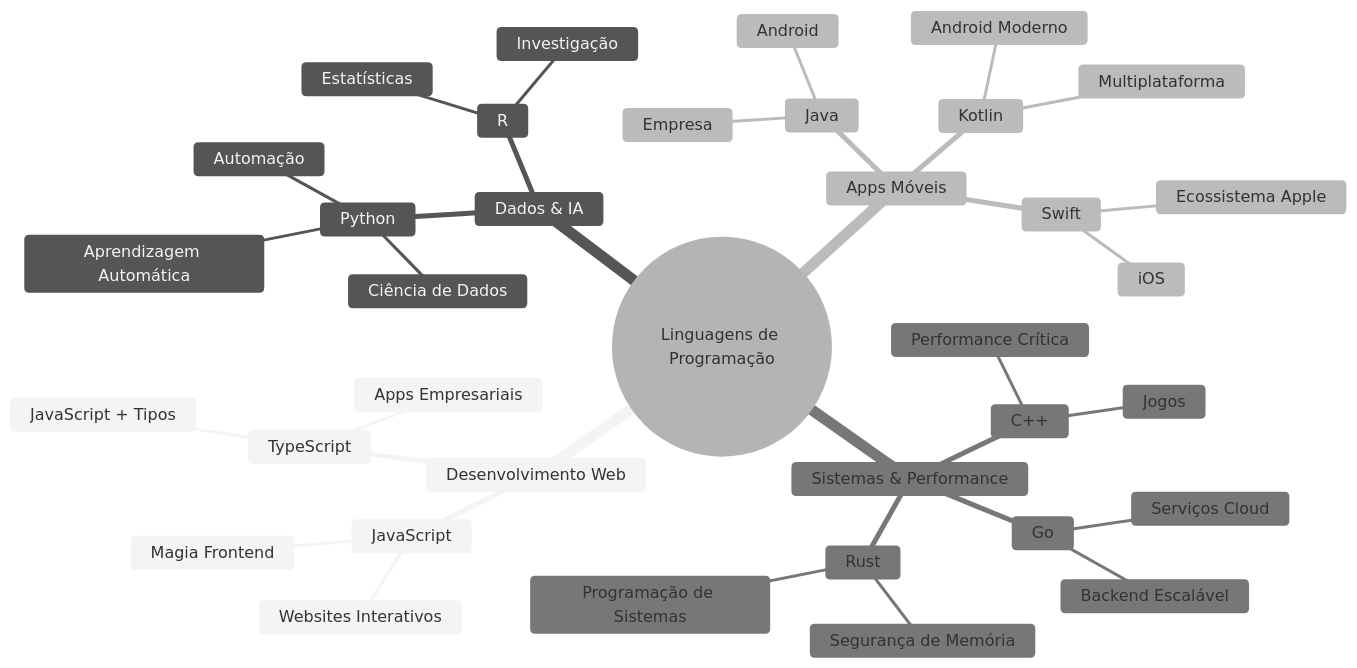
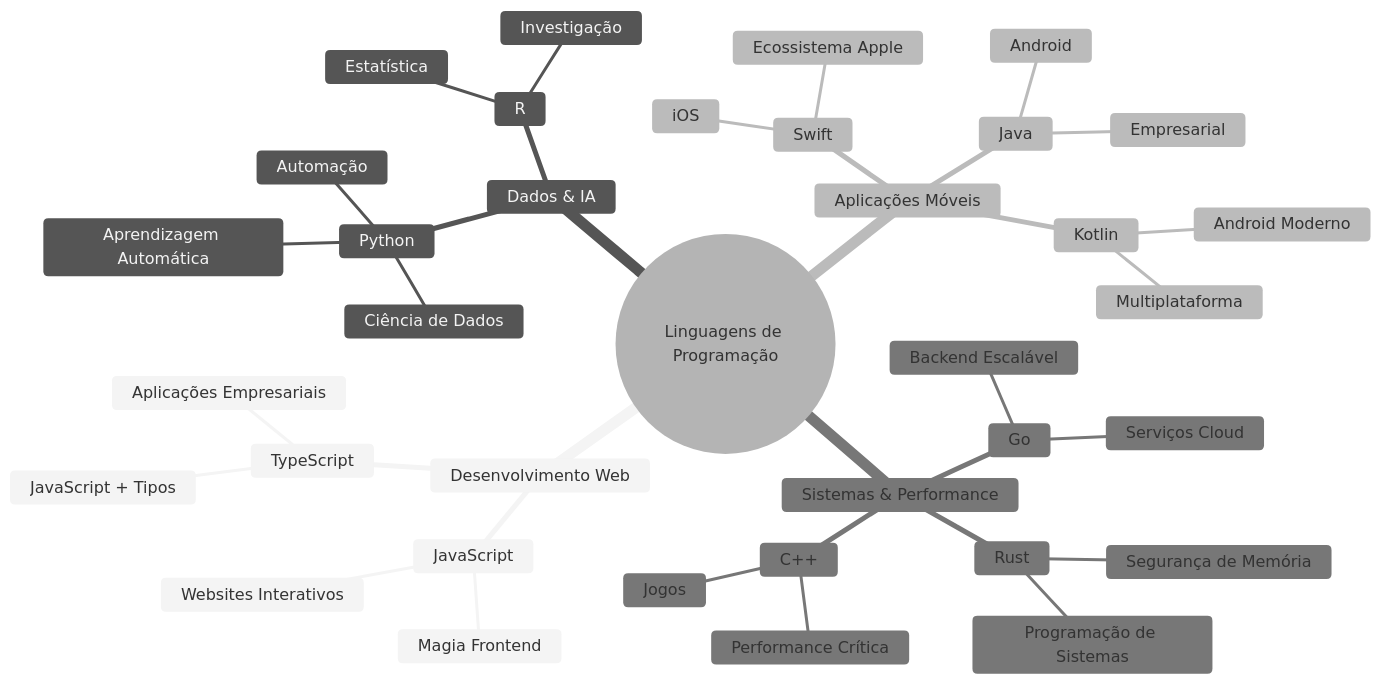
One commit to microsoft/Web-Dev-For-Beginners changed the second of 7 diagrams in translations/pt-PT/1-getting-started-lessons/1-intro-to-programming-languages/README.md. Above: the diagram before and after it, drawn with Mermaid (neutral theme). The commit also changed other lines of this file and 11 other files, not shown here.

````diff
--- a/translations/pt-PT/1-getting-started-lessons/1-intro-to-programming-languages/README.md
+++ b/translations/pt-PT/1-getting-started-lessons/1-intro-to-programming-languages/README.md
@@ -84,39 +85,39 @@
 ```mermaid
 mindmap
   root((Linguagens de Programação))
     Desenvolvimento Web
       JavaScript
         Magia Frontend
         Websites Interativos
       TypeScript
         JavaScript + Tipos
-        Apps Empresariais
+        Aplicações Empresariais
     Dados & IA
       Python
         Ciência de Dados
         Aprendizagem Automática
         Automação
       R
-        Estatísticas
+        Estatística
         Investigação
-    Apps Móveis
+    Aplicações Móveis
       Java
         Android
-        Empresa
+        Empresarial
       Swift
         iOS
         Ecossistema Apple
       Kotlin
         Android Moderno
         Multiplataforma
     Sistemas & Performance
       C++
         Jogos
         Performance Crítica
       Rust
         Segurança de Memória
         Programação de Sistemas
       Go
         Serviços Cloud
         Backend Escalável
 ```
````
